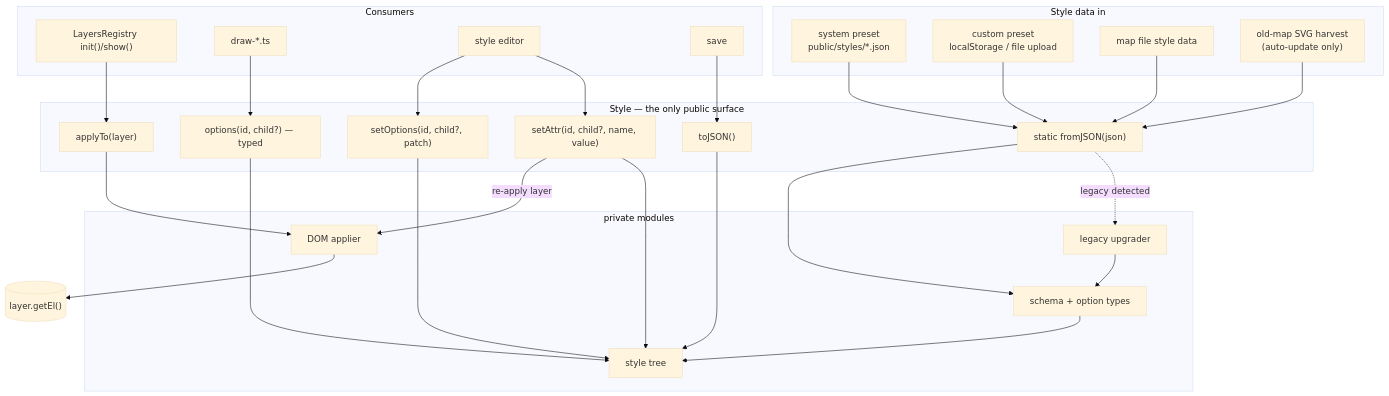
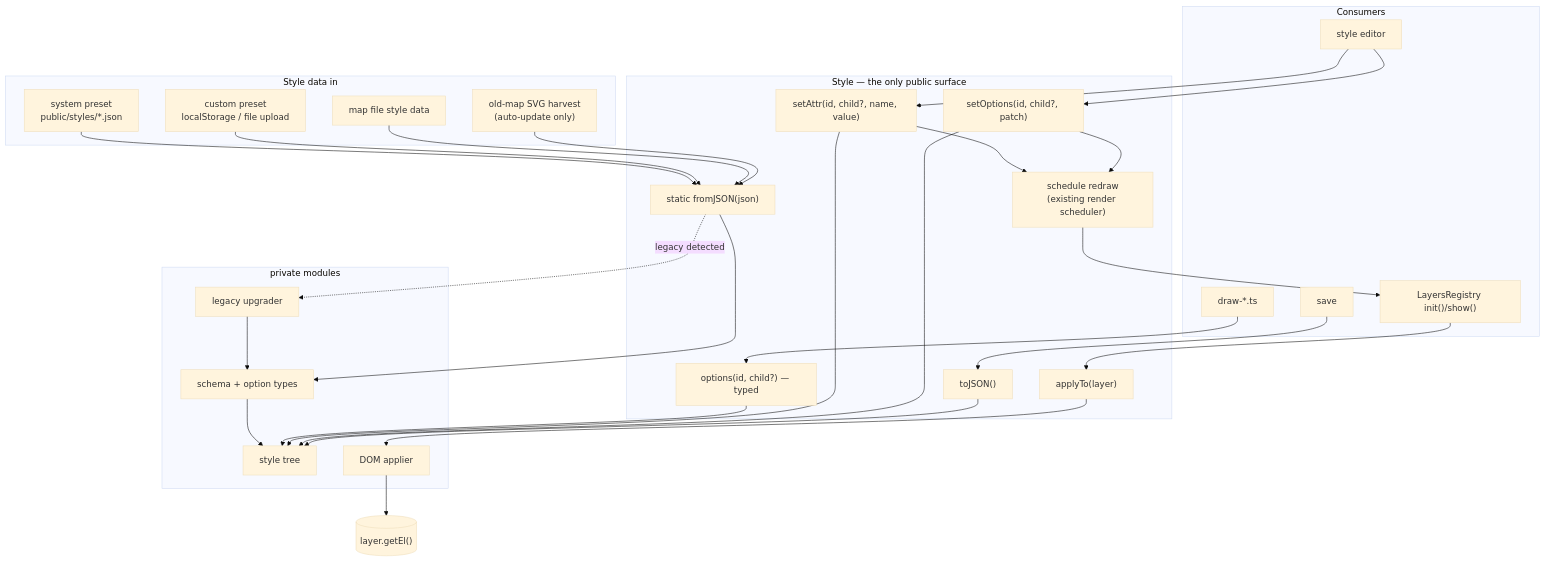
Before and after one commit to Azgaar/Fantasy-Map-Generator: the diagram in docs/prd/style.md, drawn with Mermaid (base theme). The commit also changed other lines of this file, not shown here.

````diff
--- a/docs/prd/style.md
+++ b/docs/prd/style.md
@@ -15,41 +15,42 @@
 ```mermaid
 flowchart TB
   subgraph sources ["Style data in"]
     preset["system preset<br/>public/styles/*.json"]
     custom["custom preset<br/>localStorage / file upload"]
     map48["map file style data"]
     harvest["old-map SVG harvest<br/>(auto-update only)"]
   end
 
   subgraph facade ["Style — the only public surface"]
     fromJSON["static fromJSON(json)"]
     toJSON["toJSON()"]
     applyTo["applyTo(layer)"]
     optionsFn["options(id, child?) — typed"]
     setAttr["setAttr(id, child?, name, value)"]
     setOptionsFn["setOptions(id, child?, patch)"]
+    invalidate["schedule redraw<br/>(existing render scheduler)"]
   end
 
   subgraph internals ["private modules"]
     legacy["legacy upgrader"]
     schema["schema + option types"]
     tree["style tree"]
     applier["DOM applier"]
   end
 
   subgraph consumers ["Consumers"]
     registry["LayersRegistry init()/show()"]
     renderers["draw-*.ts"]
     editor["style editor"]
     save["save"]
   end
 
   preset & custom & map48 & harvest --> fromJSON
   fromJSON -. "legacy detected" .-> legacy --> schema
   fromJSON --> schema --> tree
   registry --> applyTo --> applier --> svg[("layer.getEl()")]
   renderers --> optionsFn --> tree
   editor --> setAttr & setOptionsFn --> tree
-  setAttr -- "re-apply layer" --> applier
+  setAttr & setOptionsFn --> invalidate --> registry
   save --> toJSON --> tree
 ```
````
